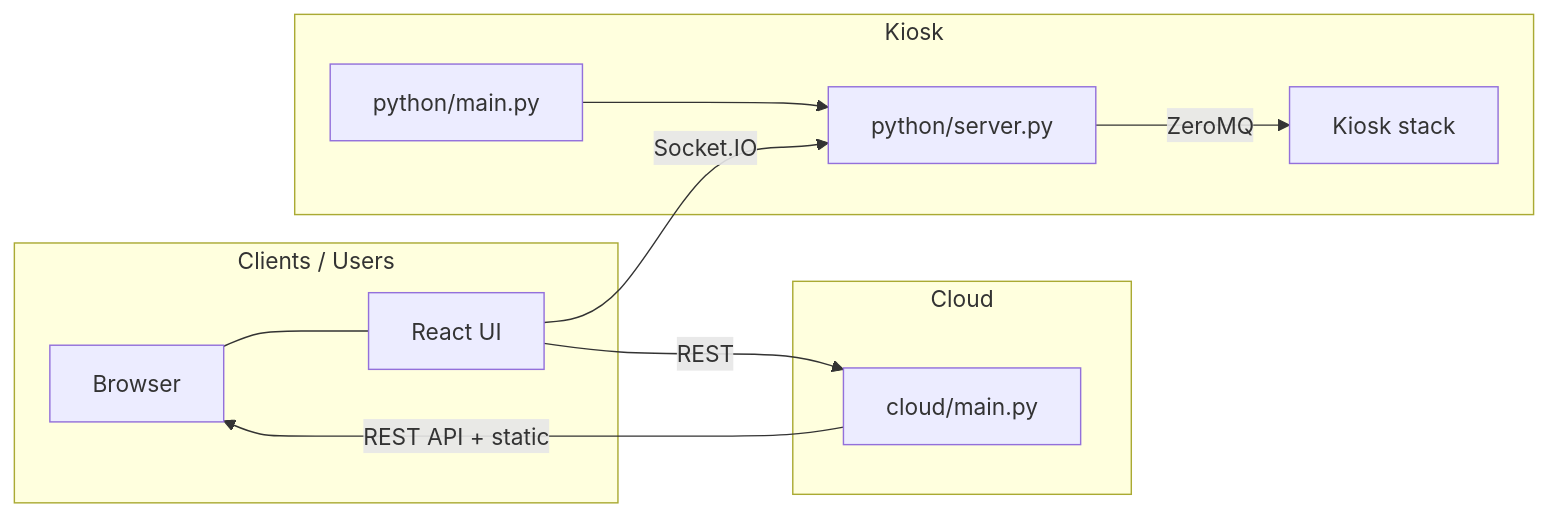
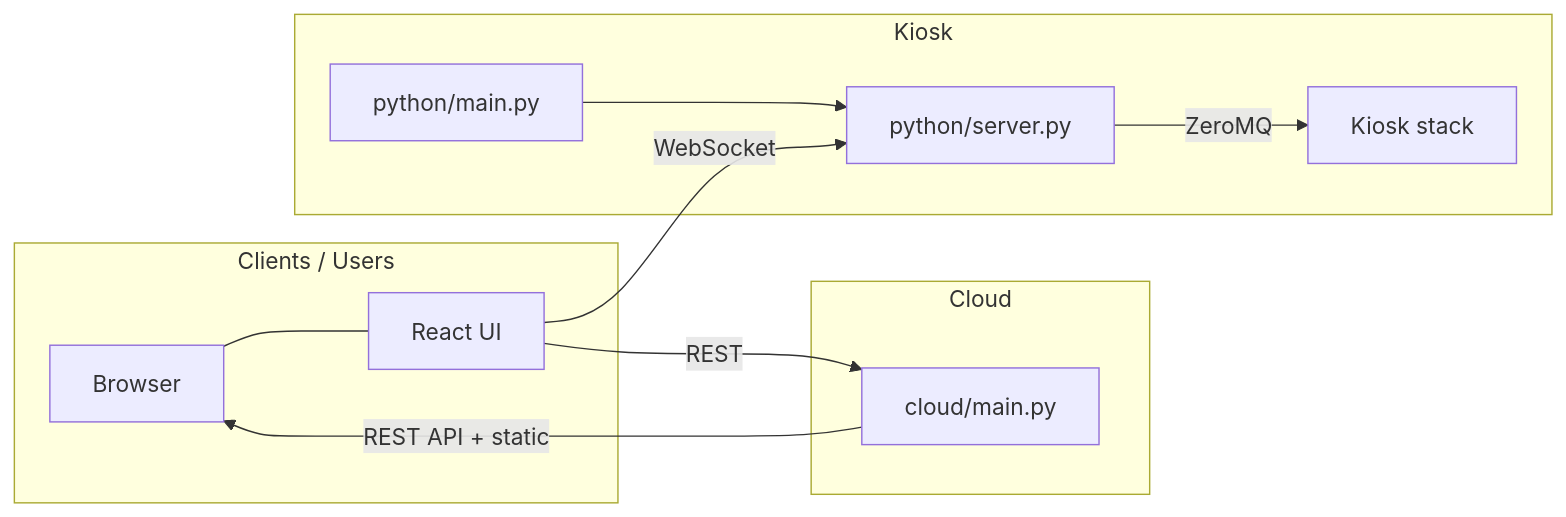
Before and after one commit to keyme/kiosk-control-panel: the diagram in README.md, drawn with Mermaid. The commit also changed other lines of this file and 13 other files, not shown here.

Commit message:
SocketIO to pure WebSocket

````diff
--- a/README.md
+++ b/README.md
@@ -11,20 +11,20 @@
 ```mermaid
 flowchart LR
   subgraph clients [Clients / Users]
     Browser[Browser]
     ReactUI[React UI]
     Browser --- ReactUI
   end
   subgraph cloud [Cloud]
     CloudMain[cloud/main.py]
     CloudMain -->|REST API + static| Browser
   end
   subgraph kiosk [Kiosk]
     PyMain[python/main.py]
     Server[python/server.py]
     PyMain --> Server
     Server -->|ZeroMQ| Stack[Kiosk stack]
   end
-  ReactUI -->|Socket.IO| Server
+  ReactUI -->|WebSocket| Server
   ReactUI -->|REST| CloudMain
 ```
````
